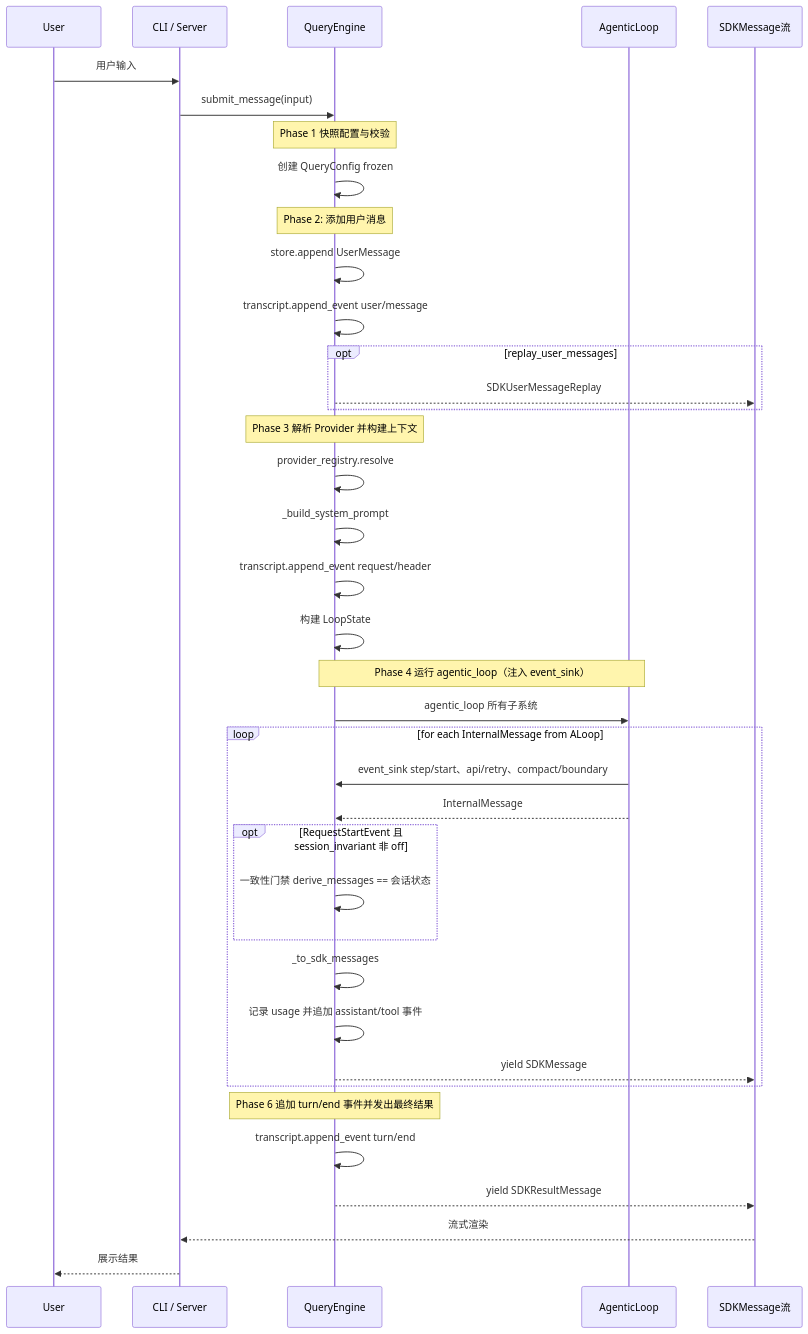
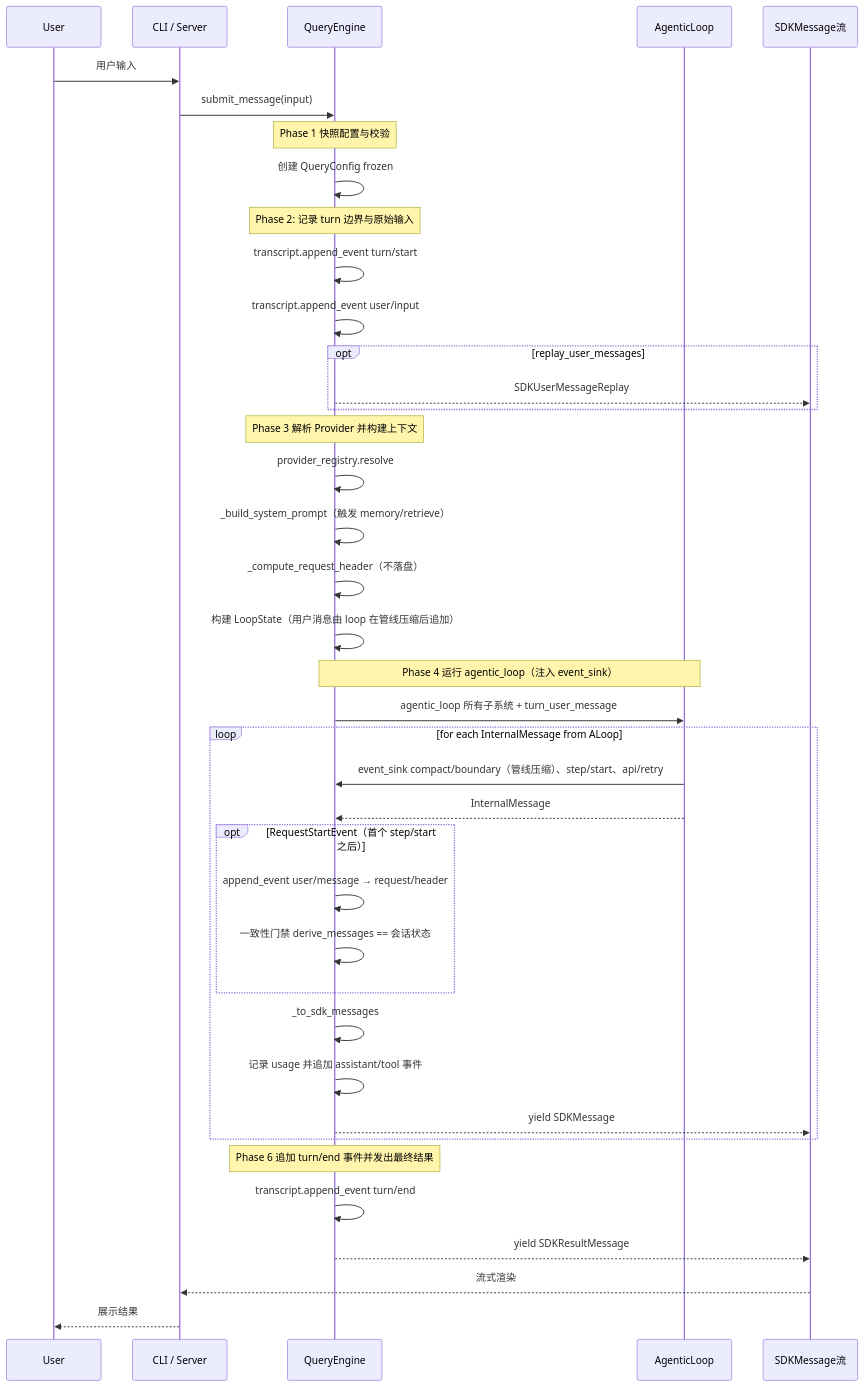
The second of 6 diagrams in docs/NonoAgent-Architecture.md (DawnOf1996/nono-agent), drawn with Mermaid before and after one commit. The commit also changed other lines of this file and 62 other files, not shown here.

````diff
--- a/docs/NonoAgent-Architecture.md
+++ b/docs/NonoAgent-Architecture.md
@@ -242,47 +245,48 @@
 ```mermaid
 sequenceDiagram
     participant User
     participant Adapter as CLI / Server
     participant QE as QueryEngine
     participant ALoop as AgenticLoop
     participant SDK as SDKMessage流
 
     User->>Adapter: 用户输入
     Adapter->>QE: submit_message(input)
 
     Note over QE: Phase 1 快照配置与校验
     QE->>QE: 创建 QueryConfig frozen
 
-    Note over QE: Phase 2: 添加用户消息
-    QE->>QE: store.append UserMessage
-    QE->>QE: transcript.append_event user/message
+    Note over QE: Phase 2: 记录 turn 边界与原始输入
+    QE->>QE: transcript.append_event turn/start
+    QE->>QE: transcript.append_event user/input
     opt replay_user_messages
         QE-->>SDK: SDKUserMessageReplay
     end
 
     Note over QE: Phase 3 解析 Provider 并构建上下文
     QE->>QE: provider_registry.resolve
-    QE->>QE: _build_system_prompt
-    QE->>QE: transcript.append_event request/header
-    QE->>QE: 构建 LoopState
+    QE->>QE: _build_system_prompt（触发 memory/retrieve）
+    QE->>QE: _compute_request_header（不落盘）
+    QE->>QE: 构建 LoopState（用户消息由 loop 在管线压缩后追加）
 
     Note over QE,ALoop: Phase 4 运行 agentic_loop（注入 event_sink）
-    QE->>ALoop: agentic_loop 所有子系统
+    QE->>ALoop: agentic_loop 所有子系统 + turn_user_message
 
     loop for each InternalMessage from ALoop
-        ALoop->>QE: event_sink step/start、api/retry、compact/boundary
+        ALoop->>QE: event_sink compact/boundary（管线压缩）、step/start、api/retry
         ALoop-->>QE: InternalMessage
-        opt RequestStartEvent 且 session_invariant 非 off
+        opt RequestStartEvent（首个 step/start 之后）
+            QE->>QE: append_event user/message → request/header
             QE->>QE: 一致性门禁 derive_messages == 会话状态
         end
         QE->>QE: _to_sdk_messages
         QE->>QE: 记录 usage 并追加 assistant/tool 事件
         QE-->>SDK: yield SDKMessage
     end
 
     Note over QE: Phase 6 追加 turn/end 事件并发出最终结果
     QE->>QE: transcript.append_event turn/end
     QE-->>SDK: yield SDKResultMessage
     SDK-->>Adapter: 流式渲染
     Adapter-->>User: 展示结果
 ```
````
